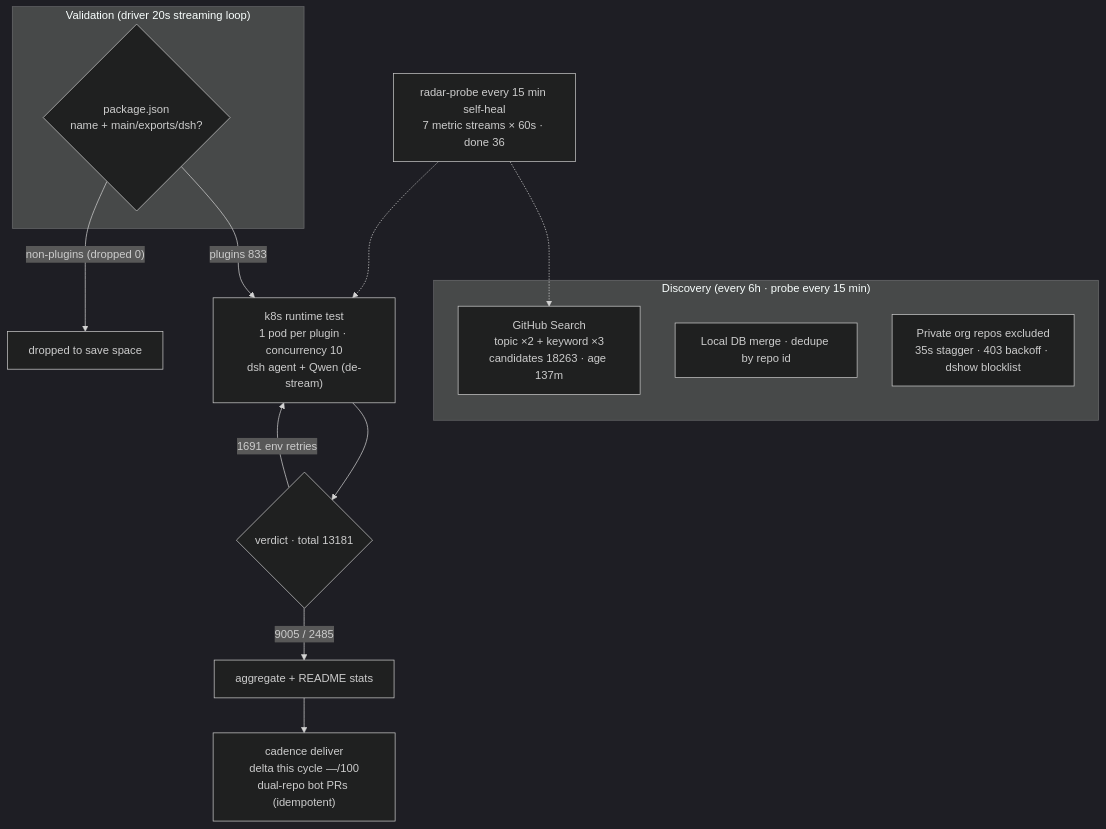
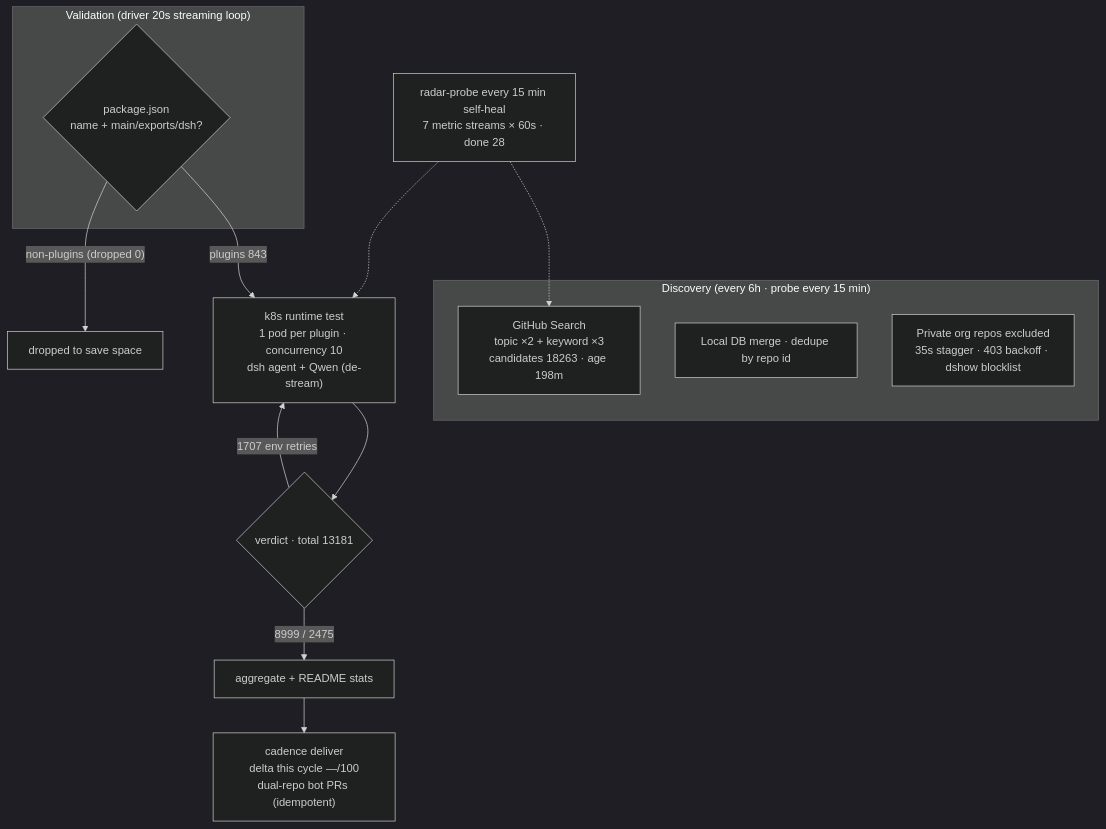
Before and after one commit to AdamPlatin123/awesome-dsh-plugins: the diagram in README.en-US.md, drawn with Mermaid (dark theme). The commit also changed other lines of this file and 5 other files, not shown here.

````diff
--- a/README.en-US.md
+++ b/README.en-US.md
@@ -45,20 +45,20 @@
 ```mermaid
 flowchart TB
     subgraph Discovery["Discovery (every 6h · probe every 15 min)"]
-        A1["GitHub Search<br/>topic ×2 + keyword ×3<br/>candidates 18263 · age 137m"]
+        A1["GitHub Search<br/>topic ×2 + keyword ×3<br/>candidates 18263 · age 198m"]
         A2["Local DB merge · dedupe by repo id"]
         A3["Private org repos excluded<br/>35s stagger · 403 backoff · dshow blocklist"]
     end
     subgraph Validation["Validation (driver 20s streaming loop)"]
         B1{"package.json<br/>name + main/exports/dsh?"}
     end
-    B1 -->|"plugins 833"| C1["k8s runtime test<br/>1 pod per plugin · concurrency 10<br/>dsh agent + Qwen (de-stream)"]
+    B1 -->|"plugins 843"| C1["k8s runtime test<br/>1 pod per plugin · concurrency 10<br/>dsh agent + Qwen (de-stream)"]
     B1 -->|"non-plugins (dropped 0)"| B3["dropped to save space"]
     C1 --> D1{"verdict · total 13181"}
-    D1 -->|"9005 / 2485"| E1["aggregate + README stats"]
-    D1 -->|"1691 env retries"| C1
+    D1 -->|"8999 / 2475"| E1["aggregate + README stats"]
+    D1 -->|"1707 env retries"| C1
     E1 --> E2["cadence deliver<br/>delta this cycle —/100<br/>dual-repo bot PRs (idempotent)"]
-    M["radar-probe every 15 min self-heal<br/>7 metric streams × 60s · done 36"]
+    M["radar-probe every 15 min self-heal<br/>7 metric streams × 60s · done 28"]
     M -.-> A1
     M -.-> C1
 ```
````
